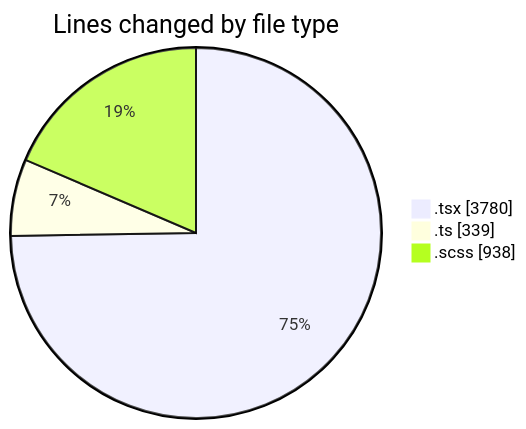
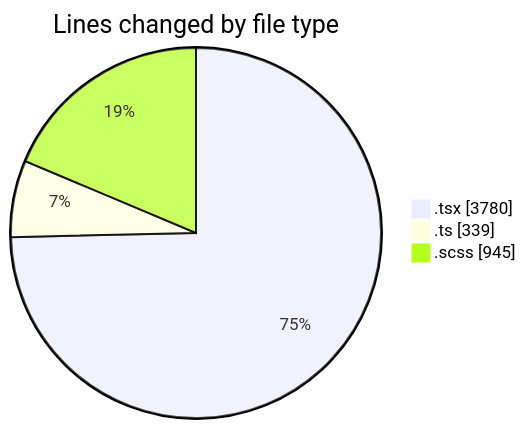
The first of 2 diagrams in 2025-07-08/cda/README.md (momahboobian/code-tracking), drawn with Mermaid before and after one commit. The commit also changed other lines of this file and 1 other file, not shown here.

````diff
--- a/2025-07-08/cda/README.md
+++ b/2025-07-08/cda/README.md
@@ -47,7 +47,7 @@
 ```mermaid
 pie showData
 title Lines changed by file type
 ".tsx" : 3780
 ".ts" : 339
-".scss" : 938
+".scss" : 945
 ```
````
